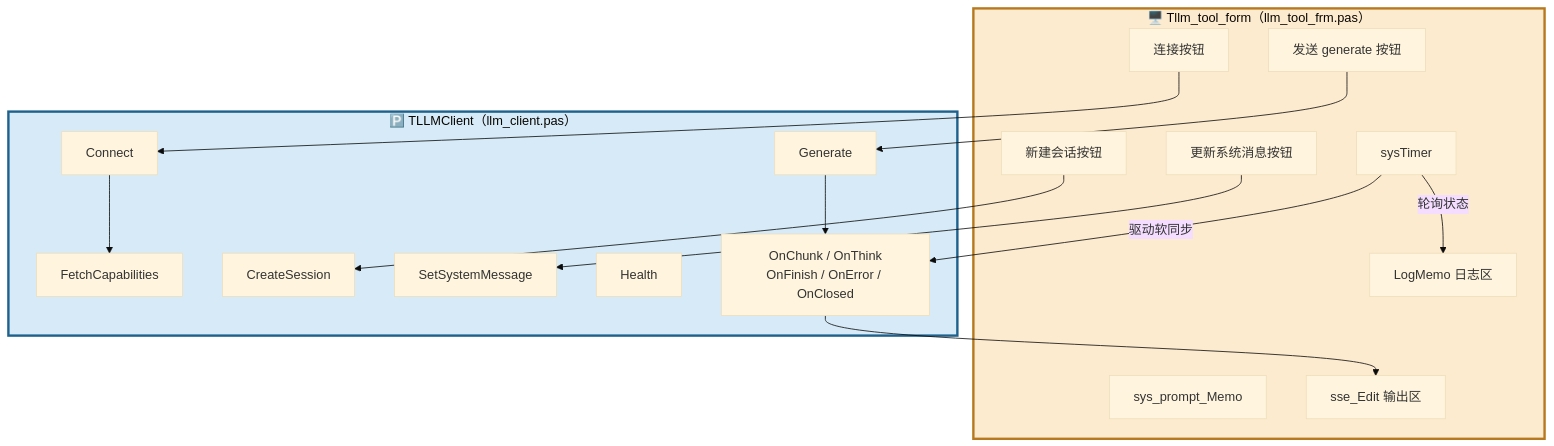
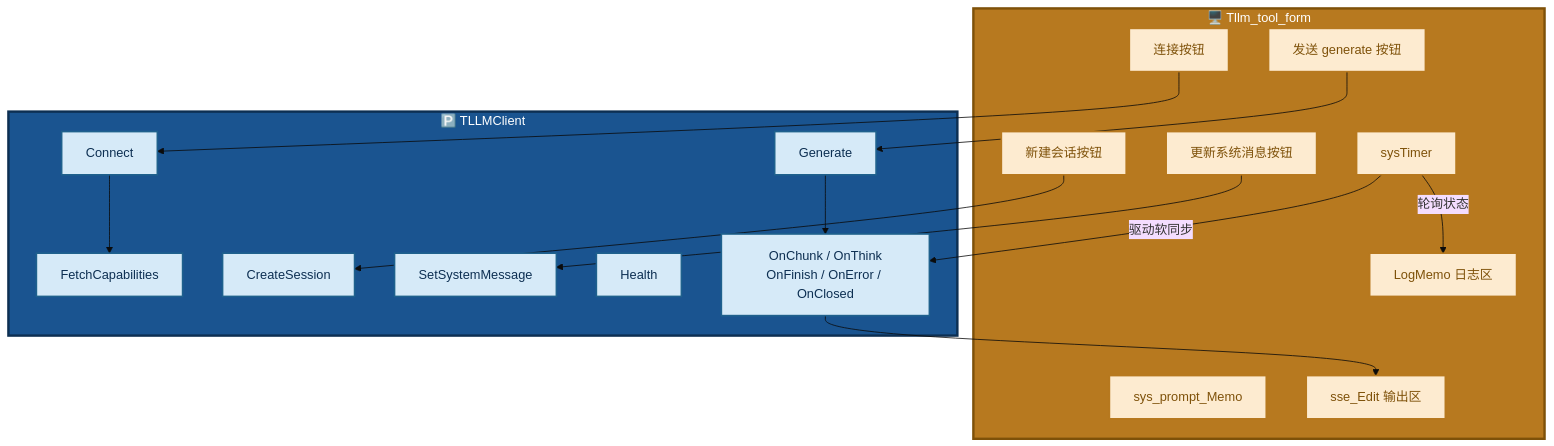
Diagram 17 of 28 in src/llm-service/LingoFuse_LLM_Ecosystem_User_Guide.md (PassByYou888/LingoFuse-pasAgent), drawn with Mermaid (base theme) before and after one commit. The commit also changed other lines of this file, not shown here.

````diff
--- a/src/llm-service/LingoFuse_LLM_Ecosystem_User_Guide.md
+++ b/src/llm-service/LingoFuse_LLM_Ecosystem_User_Guide.md
@@ -499,36 +581,51 @@
 ```mermaid
 flowchart TB
-    subgraph CLIENT["🅿️ TLLMClient（llm_client.pas）"]
+    subgraph CLIENT["🅿️ TLLMClient"]
         CONN["Connect"]
         CAP["FetchCapabilities"]
         GEN["Generate"]
         CS["CreateSession"]
         SSM["SetSystemMessage"]
         HEALTH["Health"]
         EVENTS["OnChunk / OnThink<br/>OnFinish / OnError / OnClosed"]
     end
 
-    subgraph GUI["🖥️ Tllm_tool_form（llm_tool_frm.pas）"]
+    subgraph GUI["🖥️ Tllm_tool_form"]
         BTN_CONN["连接按钮"]
         BTN_NEW["新建会话按钮"]
         BTN_GEN["发送 generate 按钮"]
         BTN_SYS["更新系统消息按钮"]
         MEMO["sys_prompt_Memo"]
         SSE["sse_Edit 输出区"]
         LOG["LogMemo 日志区"]
         TIMER["sysTimer"]
     end
 
     BTN_CONN --> CONN
     CONN --> CAP
     BTN_NEW --> CS
     BTN_GEN --> GEN
     BTN_SYS --> SSM
     GEN --> EVENTS
     EVENTS --> SSE
     TIMER -->|驱动软同步| EVENTS
     TIMER -->|轮询状态| LOG
 
-    style CLIENT fill:#D6EAF8,stroke:#1F618D,stroke-width:3px
-    style GUI fill:#FDEBD0,stroke:#B7791F,stroke-width:3px
+    style CLIENT fill:#1A5490,stroke:#0D2F52,stroke-width:3px,color:#FFFFFF
+    style GUI fill:#B7791F,stroke:#7E5109,stroke-width:3px,color:#FFFFFF
+    style CONN fill:#D6EAF8,stroke:#1F618D,stroke-width:2px,color:#0D2F52
+    style CAP fill:#D6EAF8,stroke:#1F618D,stroke-width:2px,color:#0D2F52
+    style GEN fill:#D6EAF8,stroke:#1F618D,stroke-width:2px,color:#0D2F52
+    style CS fill:#D6EAF8,stroke:#1F618D,stroke-width:2px,color:#0D2F52
+    style SSM fill:#D6EAF8,stroke:#1F618D,stroke-width:2px,color:#0D2F52
+    style HEALTH fill:#D6EAF8,stroke:#1F618D,stroke-width:2px,color:#0D2F52
+    style EVENTS fill:#D6EAF8,stroke:#1F618D,stroke-width:2px,color:#0D2F52
+    style BTN_CONN fill:#FDEBD0,stroke:#B7791F,stroke-width:2px,color:#7E5109
+    style BTN_NEW fill:#FDEBD0,stroke:#B7791F,stroke-width:2px,color:#7E5109
+    style BTN_GEN fill:#FDEBD0,stroke:#B7791F,stroke-width:2px,color:#7E5109
+    style BTN_SYS fill:#FDEBD0,stroke:#B7791F,stroke-width:2px,color:#7E5109
+    style MEMO fill:#FDEBD0,stroke:#B7791F,stroke-width:2px,color:#7E5109
+    style SSE fill:#FDEBD0,stroke:#B7791F,stroke-width:2px,color:#7E5109
+    style LOG fill:#FDEBD0,stroke:#B7791F,stroke-width:2px,color:#7E5109
+    style TIMER fill:#FDEBD0,stroke:#B7791F,stroke-width:2px,color:#7E5109
 ```
````
